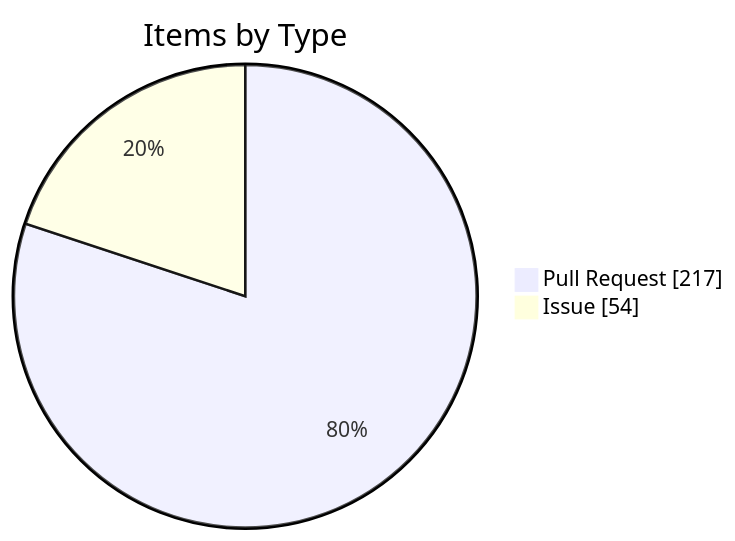
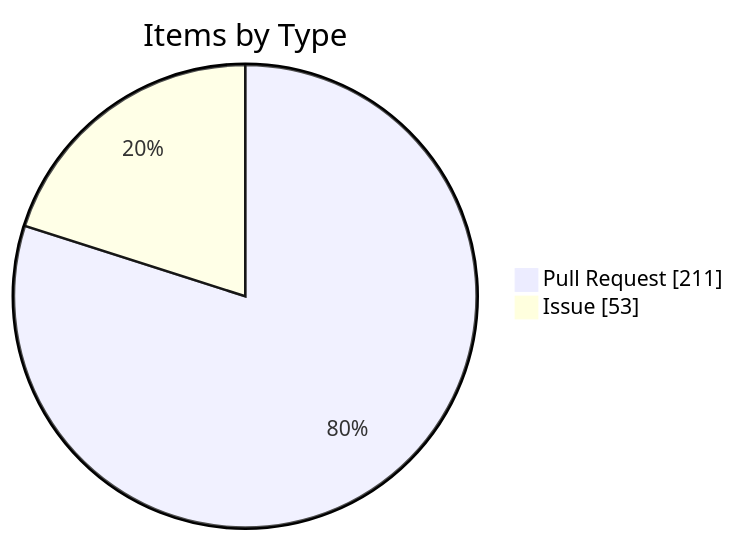
One commit to KBVE/kbve changed the fourth of 4 diagrams in apps/kbve/astro-kbve/src/content/docs/dashboard/kanban-data.mdx. Above: the diagram before and after it, drawn with Mermaid. The commit also changed other lines of this file and 7 other files, not shown here.

````diff
--- a/apps/kbve/astro-kbve/src/content/docs/dashboard/kanban-data.mdx
+++ b/apps/kbve/astro-kbve/src/content/docs/dashboard/kanban-data.mdx
@@ -116,6 +116,6 @@
 ```mermaid
 pie showData
     title Items by Type
-    "Pull Request" : 217
-    "Issue" : 54
+    "Pull Request" : 211
+    "Issue" : 53
 ```
````
